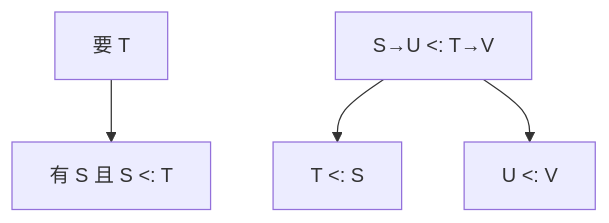
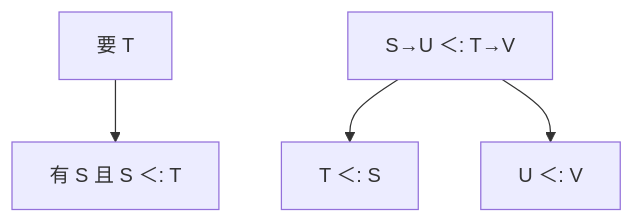
The diagram in docs/cs/subtyping-variance.md (xhongduo-tech/xhongduo-tech.github.io), drawn with Mermaid before and after one commit. The commit also changed other lines of this file and 772 other files, not shown here.

````diff
--- a/docs/cs/subtyping-variance.md
+++ b/docs/cs/subtyping-variance.md
@@ -32,6 +32,6 @@
 ```mermaid
 flowchart TD
-  USE["要 T"] --> SUB["有 S 且 S <: T"]
-  FUN["S→U <: T→V"] --> CONTRA["T <: S"]
-  FUN --> CO["U <: V"]
+  USE["要 T"] --> SUB["有 S 且 S ＜: T"]
+  FUN["S→U ＜: T→V"] --> CONTRA["T ＜: S"]
+  FUN --> CO["U ＜: V"]
 ```
````
